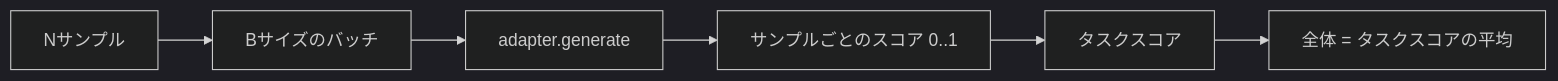
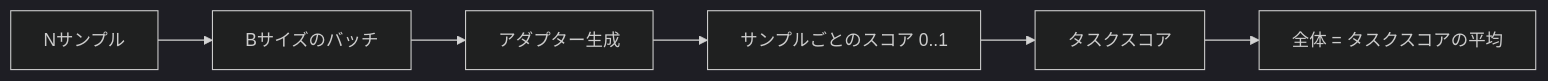
One commit to shoshoshomen/synapse-academy changed the second of 2 diagrams in content/phases/19-capstone-projects/49-lm-eval-harness/lesson.ja.md. Above: the diagram before and after it, drawn with Mermaid (dark theme). The commit also changed other lines of this file and 124 other files, not shown here.

First line of the commit message:
feat(i18n): mermaid図のラベルを日本語化(194レッスン/374図)

````diff
--- a/content/phases/19-capstone-projects/49-lm-eval-harness/lesson.ja.md
+++ b/content/phases/19-capstone-projects/49-lm-eval-harness/lesson.ja.md
@@ -93,8 +93,8 @@
 ```mermaid
 flowchart LR
-  examples[Nサンプル] --> batches[Bサイズのバッチ]
-  batches --> adapter[adapter.generate]
-  adapter --> per[サンプルごとのスコア 0..1]
-  per --> avg[タスクスコア]
-  avg --> over[全体 = タスクスコアの平均]
+  examples["Nサンプル"] --> batches["Bサイズのバッチ"]
+  batches --> adapter["アダプター生成"]
+  adapter --> per["サンプルごとのスコア 0..1"]
+  per --> avg["タスクスコア"]
+  avg --> over["全体 = タスクスコアの平均"]
 ```
````
